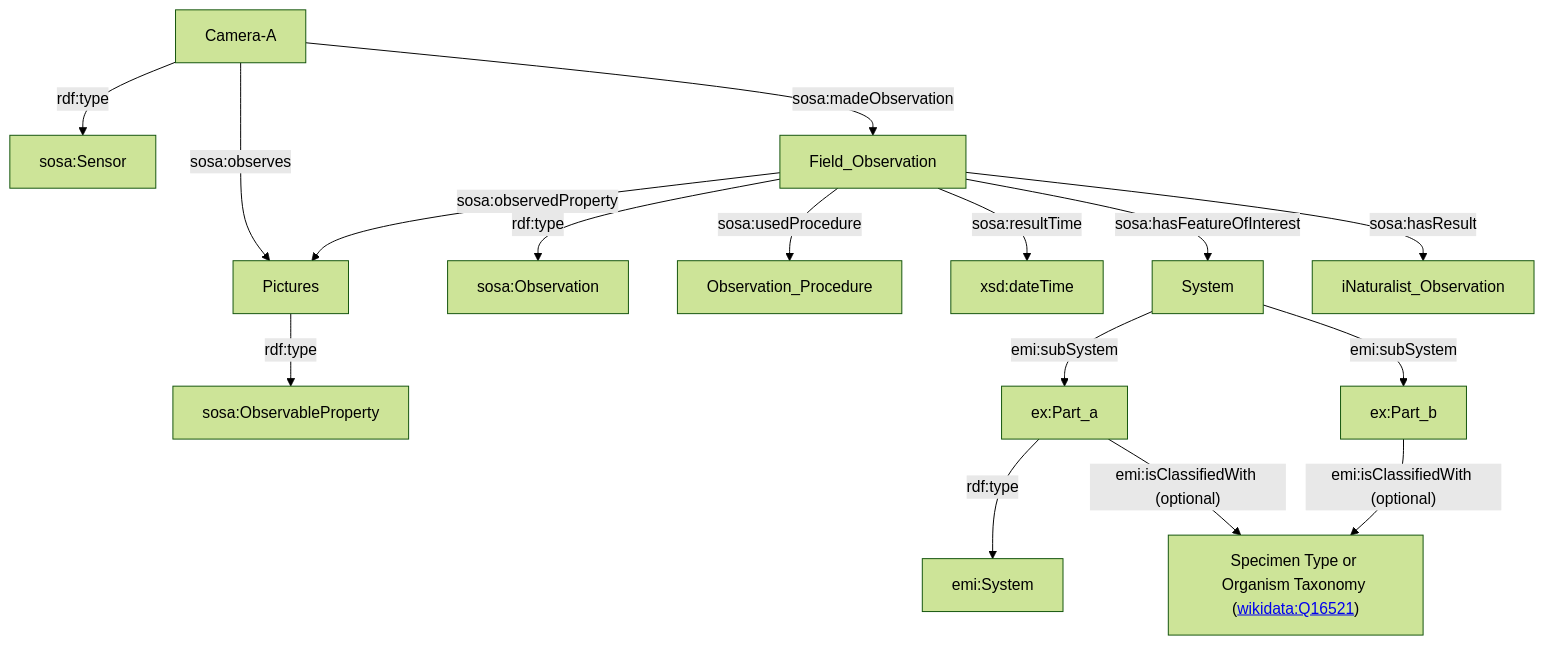
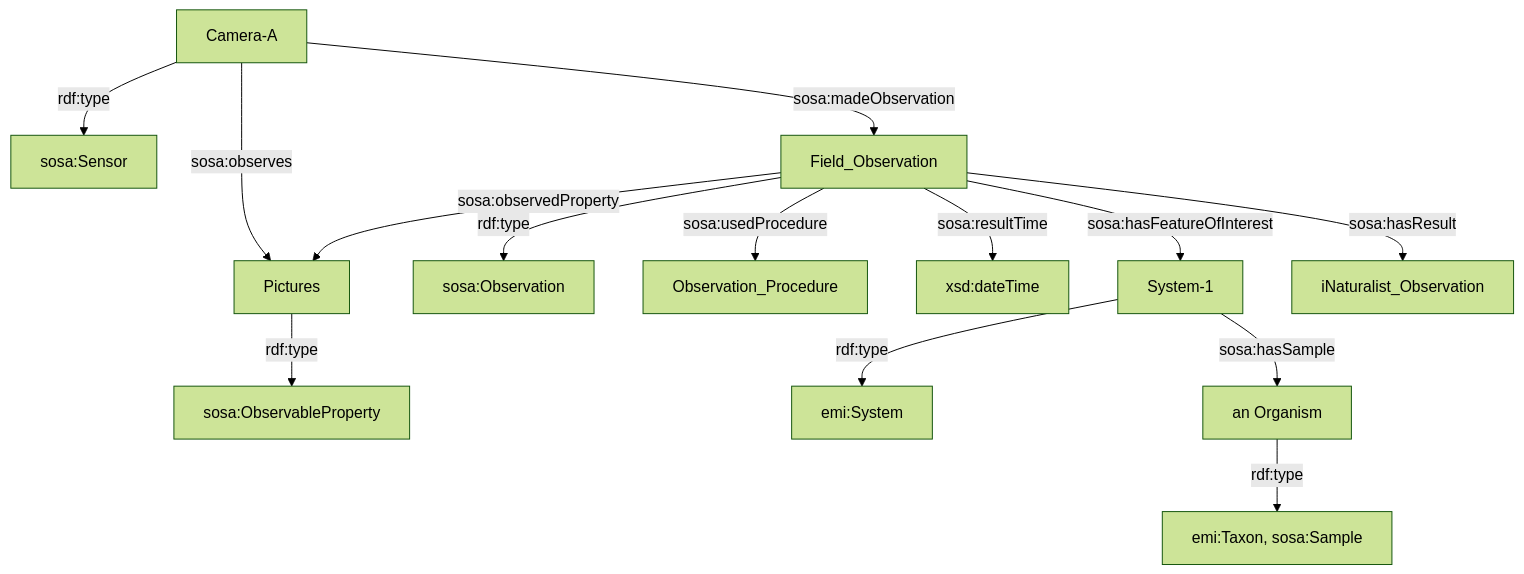
One commit to digital-botanical-gardens-initiative/earth_metabolome_ontology changed the third of 7 diagrams in README.md. Above: the diagram before and after it, drawn with Mermaid (forest theme). The commit also changed other lines of this file, not shown here.

````diff
--- a/README.md
+++ b/README.md
@@ -80,19 +83,17 @@
 ```mermaid
 graph TD
 
 		Camera-A -->|rdf:type|sosa:Sensor
 		Camera-A -->|sosa:madeObservation|Field_Observation["Field_Observation"]
 		Camera-A -->|sosa:observes|Pictures["Pictures"]
     Field_Observation -->|rdf:type|sosa:Observation["sosa:Observation"]
     Field_Observation -->|sosa:observedProperty|Pictures["Pictures"]
     Pictures --> |rdf:type|sosa:Observable_property["sosa:ObservableProperty"]
     Field_Observation -->|sosa:usedProcedure|Observation_Procedure["Observation_Procedure"]
     Field_Observation -->|sosa:resultTime|xsd:dateTime
-    Field_Observation -->|"sosa:hasFeatureOfInterest"|System["System"]
+    Field_Observation -->|"sosa:hasFeatureOfInterest"|o_a["System-1"]
     Field_Observation -->|sosa:hasResult|iNaturalist_Observation["iNaturalist_Observation"]
-    System -->|emi:subSystem|o_a["ex:Part_a"]
-    System -->|emi:subSystem|o_b["ex:Part_b"]
-    o_a -->|rdf:type|emi:System
-    o_a -->|"emi:isClassifiedWith (optional)"|w2["Specimen Vocabulary or Organism Taxonomy (<a href=http://www.wikidata.org/entity/Q16521>wikidata:Q16521</a>)"]
-    o_b -->|"emi:isClassifiedWith (optional)"|w2["Specimen Type or Organism Taxonomy (<a href=http://www.wikidata.org/entity/Q16521>wikidata:Q16521</a>)"]
+    o_a-->|rdf:type|emi:System
+    o_a-->|sosa:hasSample|org["an Organism"]
+   org-->|rdf:type|os["emi:Taxon, sosa:Sample"]
 ```
````
